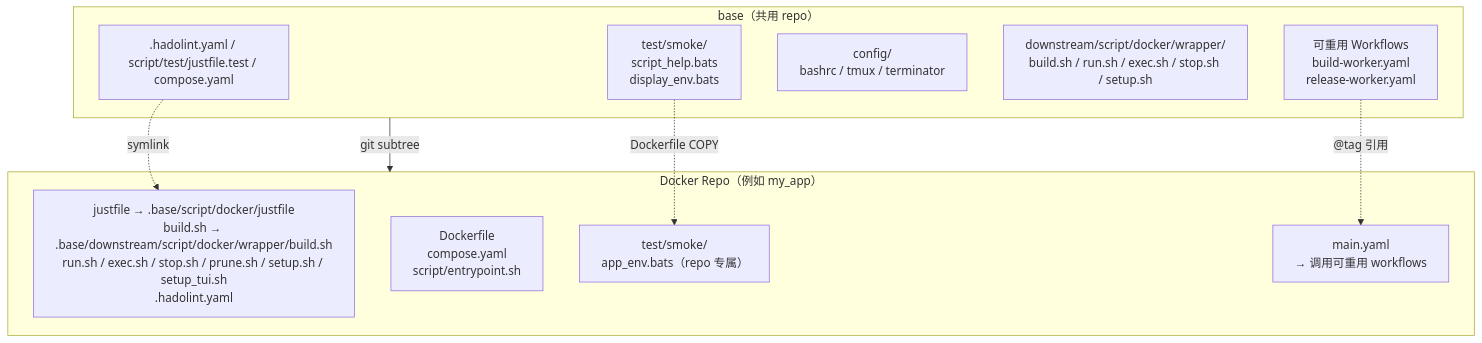
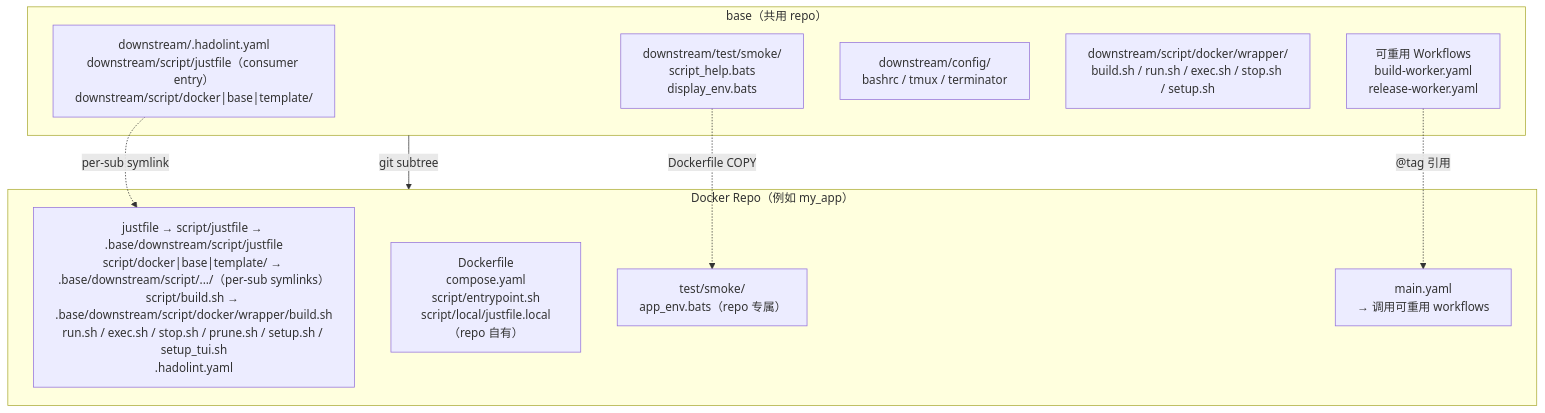
The first of 2 diagrams in doc/readme/README.zh-CN.md (ycpss91255-docker/base), drawn with Mermaid before and after one commit. The commit also changed other lines of this file and 3 other files, not shown here.

````diff
--- a/doc/readme/README.zh-CN.md
+++ b/doc/readme/README.zh-CN.md
@@ -79,22 +79,22 @@
 ```mermaid
 graph TB
     subgraph base["base（共用 repo）"]
-        scripts[".hadolint.yaml / script/test/justfile.test / compose.yaml"]
-        smoke["test/smoke/<br/>script_help.bats<br/>display_env.bats"]
-        config["config/<br/>bashrc / tmux / terminator"]
+        scripts["downstream/.hadolint.yaml<br/>downstream/script/justfile（consumer entry）<br/>downstream/script/docker|base|template/"]
+        smoke["downstream/test/smoke/<br/>script_help.bats<br/>display_env.bats"]
+        config["downstream/config/<br/>bashrc / tmux / terminator"]
         mgmt["downstream/script/docker/wrapper/<br/>build.sh / run.sh / exec.sh / stop.sh / setup.sh"]
         workflows["可重用 Workflows<br/>build-worker.yaml<br/>release-worker.yaml"]
     end
 
     subgraph consumer["Docker Repo（例如 my_app）"]
-        symlinks["justfile → .base/script/docker/justfile<br/>build.sh → .base/downstream/script/docker/wrapper/build.sh<br/>run.sh / exec.sh / stop.sh / prune.sh / setup.sh / setup_tui.sh<br/>.hadolint.yaml"]
-        dockerfile["Dockerfile<br/>compose.yaml<br/>script/entrypoint.sh"]
+        symlinks["justfile → script/justfile → .base/downstream/script/justfile<br/>script/docker|base|template/ → .base/downstream/script/.../（per-sub symlinks）<br/>script/build.sh → .base/downstream/script/docker/wrapper/build.sh<br/>run.sh / exec.sh / stop.sh / prune.sh / setup.sh / setup_tui.sh<br/>.hadolint.yaml"]
+        dockerfile["Dockerfile<br/>compose.yaml<br/>script/entrypoint.sh<br/>script/local/justfile.local（repo 自有）"]
         repo_test["test/smoke/<br/>app_env.bats（repo 专属）"]
         main_yaml["main.yaml<br/>→ 调用可重用 workflows"]
     end
 
     base -- "git subtree" --> consumer
-    scripts -. "symlink" .-> symlinks
+    scripts -. "per-sub symlink" .-> symlinks
     smoke -. "Dockerfile COPY" .-> repo_test
     workflows -. "@tag 引用" .-> main_yaml
 ```
````
